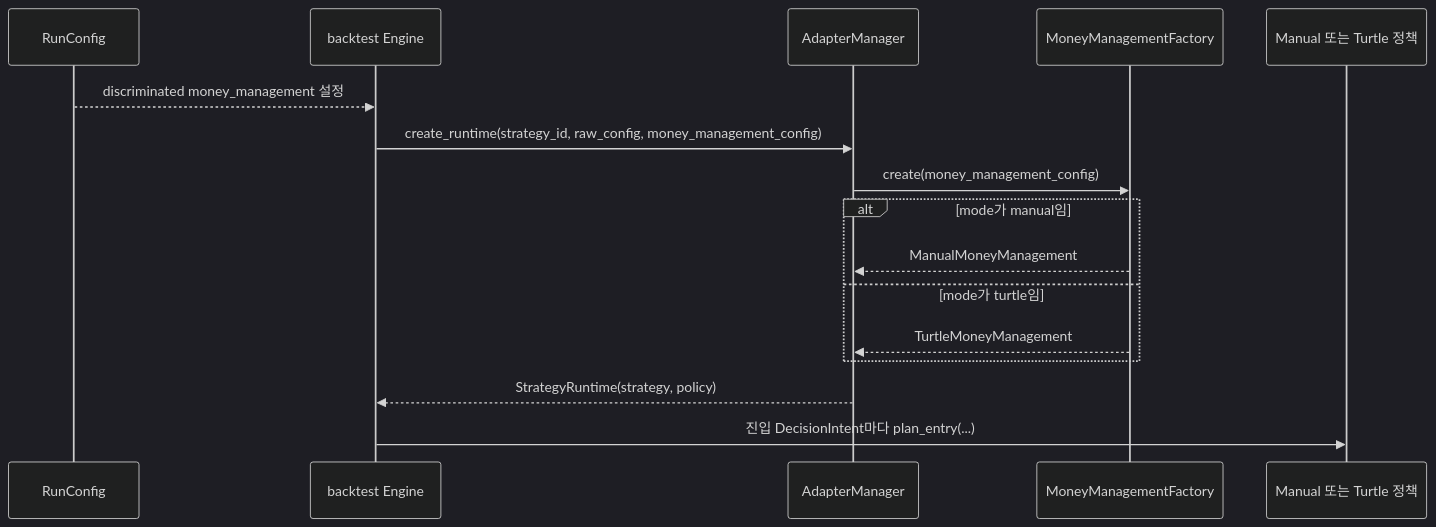
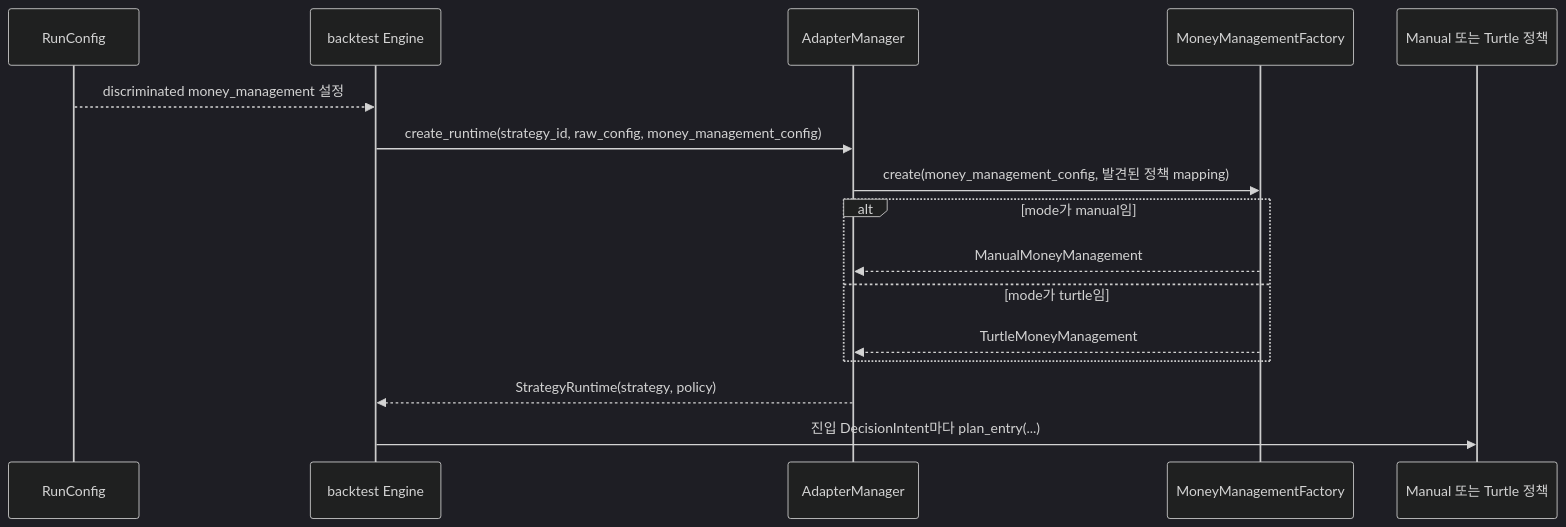
One commit to vessel35/trading-system-v2 changed diagram 19 of 38 in docs/fullspec/backtest_v2_detailed_design.md. Above: the diagram before and after it, drawn with Mermaid (dark theme). The commit also changed other lines of this file and 26 other files, not shown here.

First line of the commit message:
refactor(money-management): 정책을 배포되는 자리로 옮긴다

````diff
--- a/docs/fullspec/backtest_v2_detailed_design.md
+++ b/docs/fullspec/backtest_v2_detailed_design.md
@@ -2540,19 +2541,19 @@
 ```mermaid
 sequenceDiagram
     participant RC as RunConfig
     participant E as backtest Engine
     participant AM as AdapterManager
     participant F as MoneyManagementFactory
     participant P as Manual 또는 Turtle 정책
 
     RC-->>E: discriminated money_management 설정
     E->>AM: create_runtime(strategy_id, raw_config, money_management_config)
-    AM->>F: create(money_management_config)
+    AM->>F: create(money_management_config, 발견된 정책 mapping)
     alt mode가 manual임
         F-->>AM: ManualMoneyManagement
     else mode가 turtle임
         F-->>AM: TurtleMoneyManagement
     end
     AM-->>E: StrategyRuntime(strategy, policy)
     E->>P: 진입 DecisionIntent마다 plan_entry(...)
 ```
````
